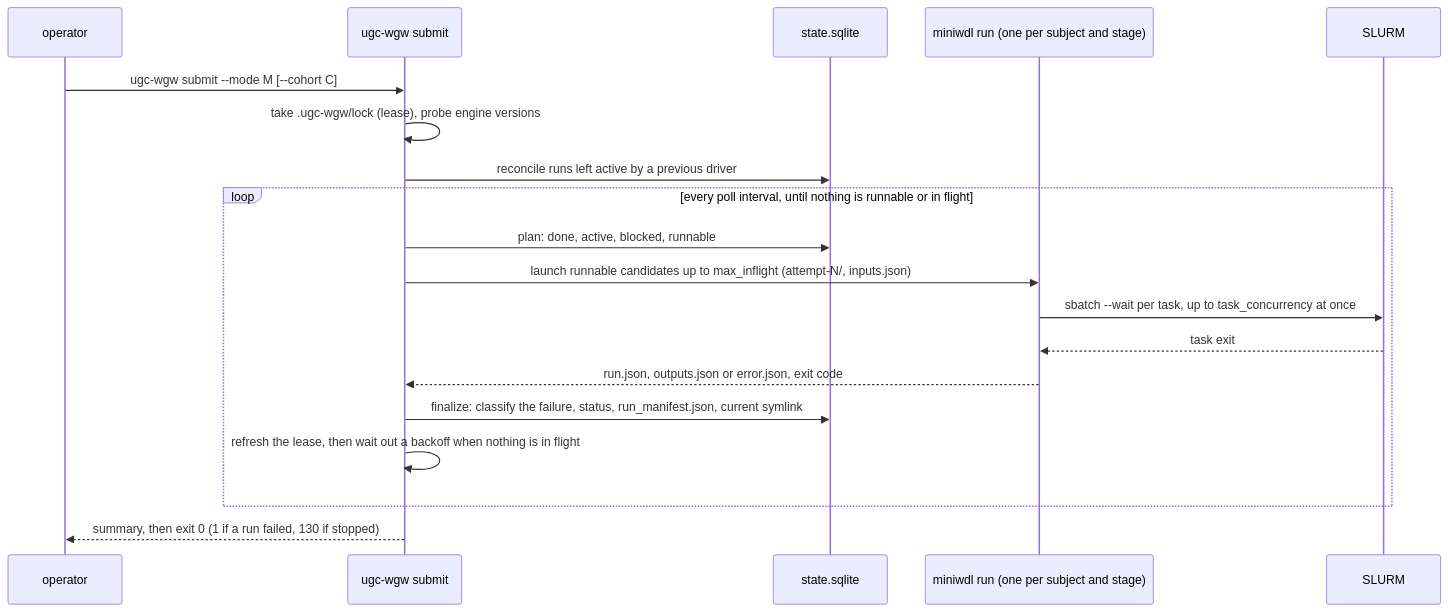
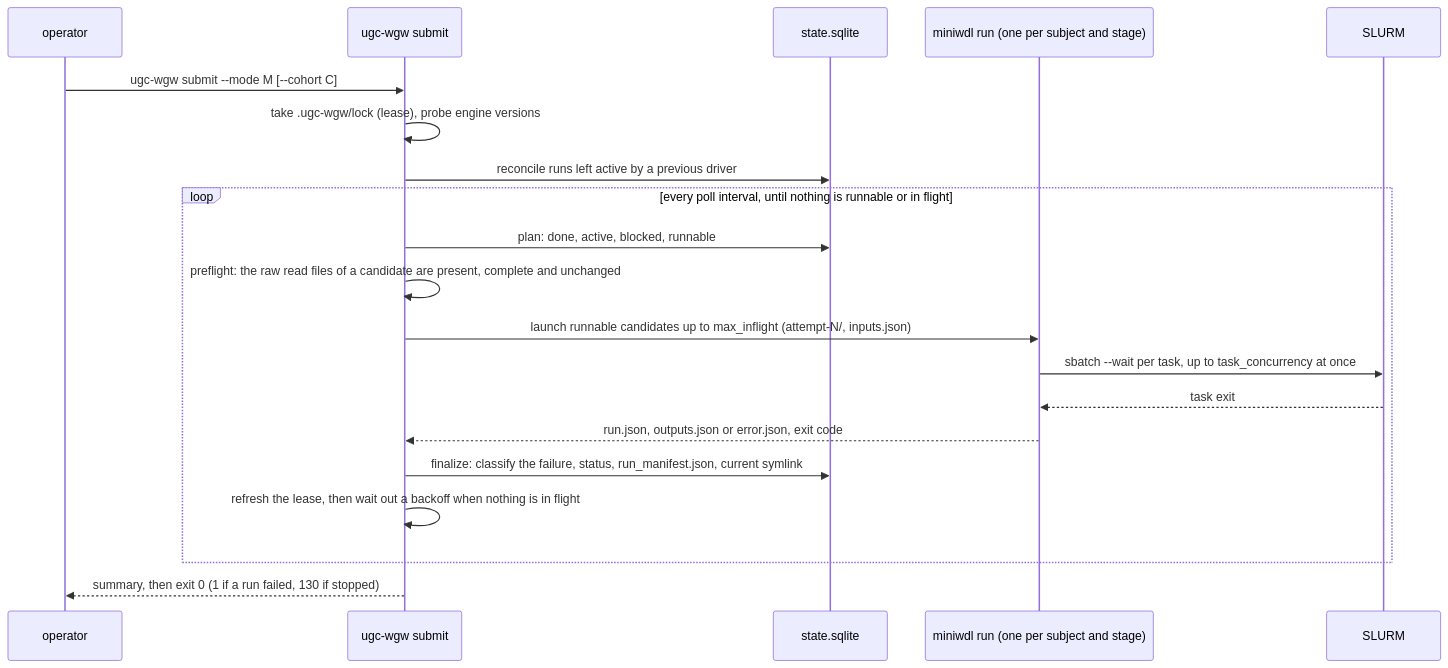
One commit to UppsalaGenomeCenter/ugc-wgw changed the first of 4 diagrams in docs/guide/06-running.md. Above: the diagram before and after it, drawn with Mermaid. The commit also changed other lines of this file and 30 other files, not shown here.

````diff
--- a/docs/guide/06-running.md
+++ b/docs/guide/06-running.md
@@ -22,21 +22,22 @@
 ```mermaid
 sequenceDiagram
   participant O as operator
   participant U as ugc-wgw submit
   participant D as state.sqlite
   participant M as miniwdl run (one per subject and stage)
   participant S as SLURM
   O->>U: ugc-wgw submit --mode M [--cohort C]
   U->>U: take .ugc-wgw/lock (lease), probe engine versions
   U->>D: reconcile runs left active by a previous driver
   loop every poll interval, until nothing is runnable or in flight
     U->>D: plan: done, active, blocked, runnable
+    U->>U: preflight: the raw read files of a candidate are present, complete and unchanged
     U->>M: launch runnable candidates up to max_inflight (attempt-N/, inputs.json)
     M->>S: sbatch --wait per task, up to task_concurrency at once
     S-->>M: task exit
     M-->>U: run.json, outputs.json or error.json, exit code
     U->>D: finalize: classify the failure, status, run_manifest.json, current symlink
     U->>U: refresh the lease, then wait out a backoff when nothing is in flight
   end
   U-->>O: summary, then exit 0 (1 if a run failed, 130 if stopped)
 ```
````
